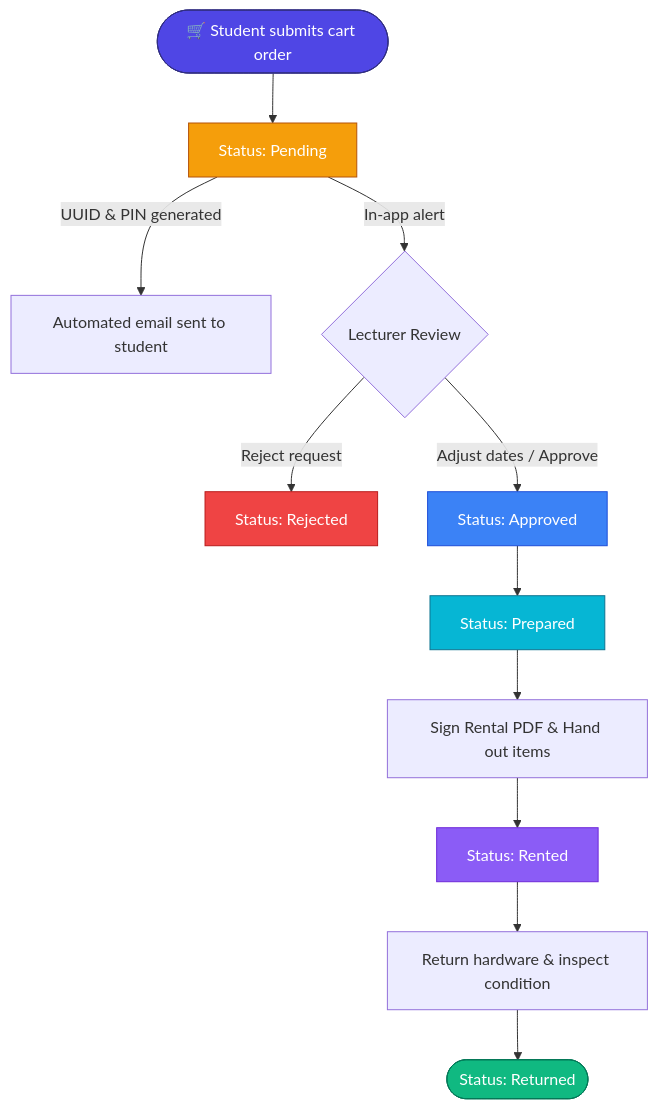
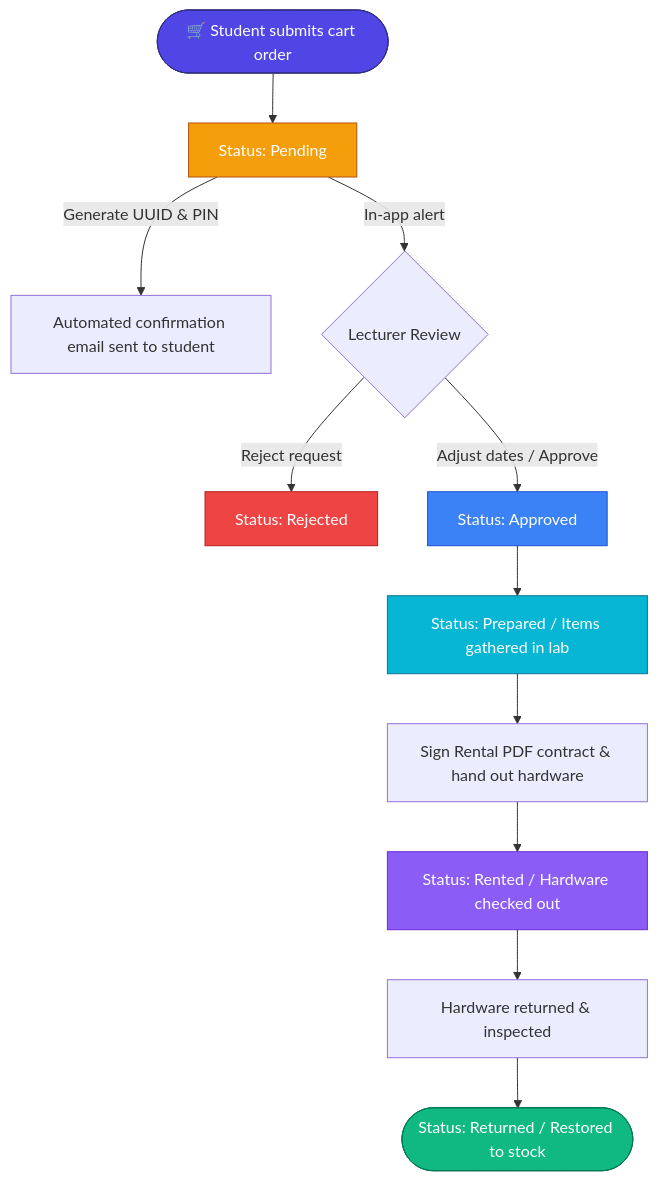
Before and after one commit to kkamilll/IoTLab: the second of 2 diagrams in README.md, drawn with Mermaid. The commit also changed other lines of this file and 2 other files, not shown here.

````diff
--- a/README.md
+++ b/README.md
@@ -96,24 +179,24 @@
 ```mermaid
 flowchart TD
     A([🛒 Student submits cart order]) --> B[Status: Pending]
-    B -->|UUID & PIN generated| C[Automated email sent to student]
+    B -->|Generate UUID & PIN| C[Automated confirmation email sent to student]
     B -->|In-app alert| D{Lecturer Review}
     
     D -->|Reject request| E[Status: Rejected]
     D -->|Adjust dates / Approve| F[Status: Approved]
     
-    F --> G[Status: Prepared]
-    G --> H[Sign Rental PDF & Hand out items]
-    H --> I[Status: Rented]
+    F --> G[Status: Prepared / Items gathered in lab]
+    G --> H[Sign Rental PDF contract & hand out hardware]
+    H --> I[Status: Rented / Hardware checked out]
     
-    I --> J[Return hardware & inspect condition]
-    J --> K([Status: Returned])
+    I --> J[Hardware returned & inspected]
+    J --> K([Status: Returned / Restored to stock])
 
     style A fill:#4f46e5,stroke:#312e81,color:#fff
     style B fill:#f59e0b,stroke:#b45309,color:#fff
     style F fill:#3b82f6,stroke:#1d4ed8,color:#fff
     style G fill:#06b6d4,stroke:#0e7490,color:#fff
     style I fill:#8b5cf6,stroke:#6d28d9,color:#fff
     style K fill:#10b981,stroke:#047857,color:#fff
     style E fill:#ef4444,stroke:#b91c1c,color:#fff
 ```
````
